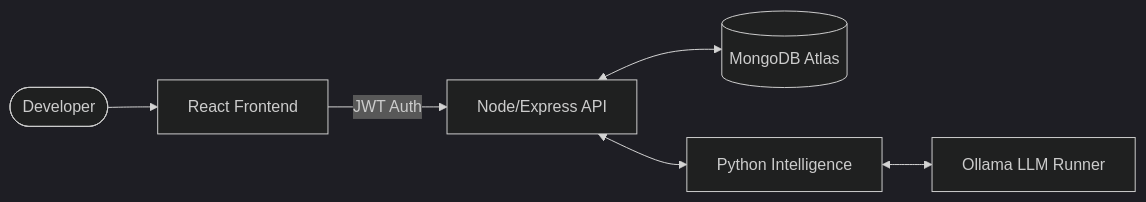
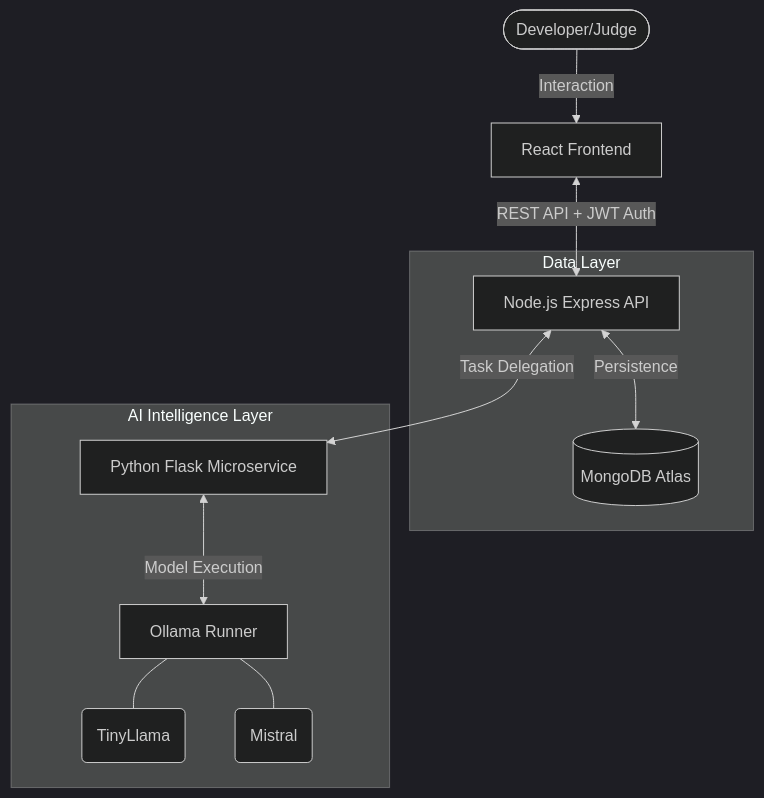
One commit to anshumangarg5410/JudgeAI-Benchmark changed the diagram in readme.md. Above: the diagram before and after it, drawn with Mermaid (dark theme).

````diff
--- a/readme.md
+++ b/readme.md
@@ -67,8 +67,16 @@
 ```mermaid
-graph LR
-    User([Developer]) --> UI[React Frontend]
-    UI -- "JWT Auth" --> Node[Node/Express API]
-    Node <--> DB[(MongoDB Atlas)]
-    Node <--> Py[Python Intelligence]
-    Py <--> Ollama[Ollama LLM Runner]
+graph TD
+    User([Developer/Judge]) -->|Interaction| UI[React Frontend]
+    UI <-->|REST API + JWT Auth| Node[Node.js Express API]
+    
+    subgraph Data Layer
+        Node <-->|Persistence| DB[(MongoDB Atlas)]
+    end
+    
+    subgraph AI Intelligence Layer
+        Node <-->|Task Delegation| Py[Python Flask Microservice]
+        Py <-->|Model Execution| Ollama[Ollama Runner]
+        Ollama --- M1(TinyLlama)
+        Ollama --- M2(Mistral)
+    end
 ```
````
